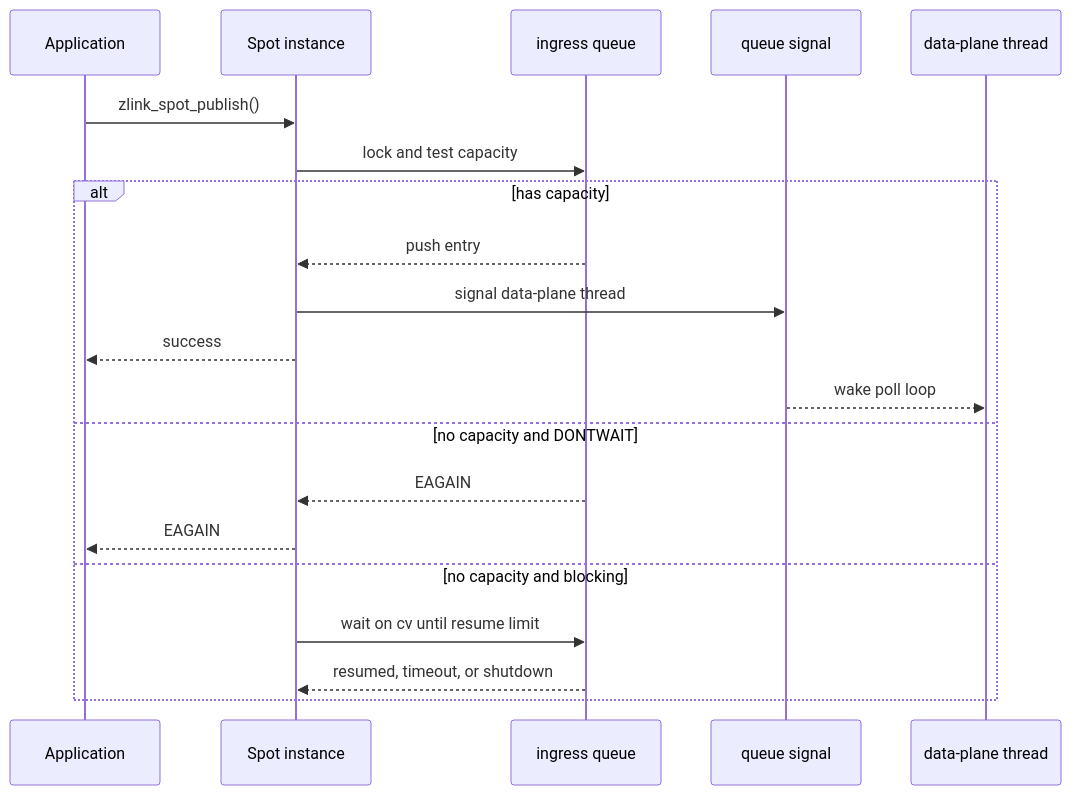
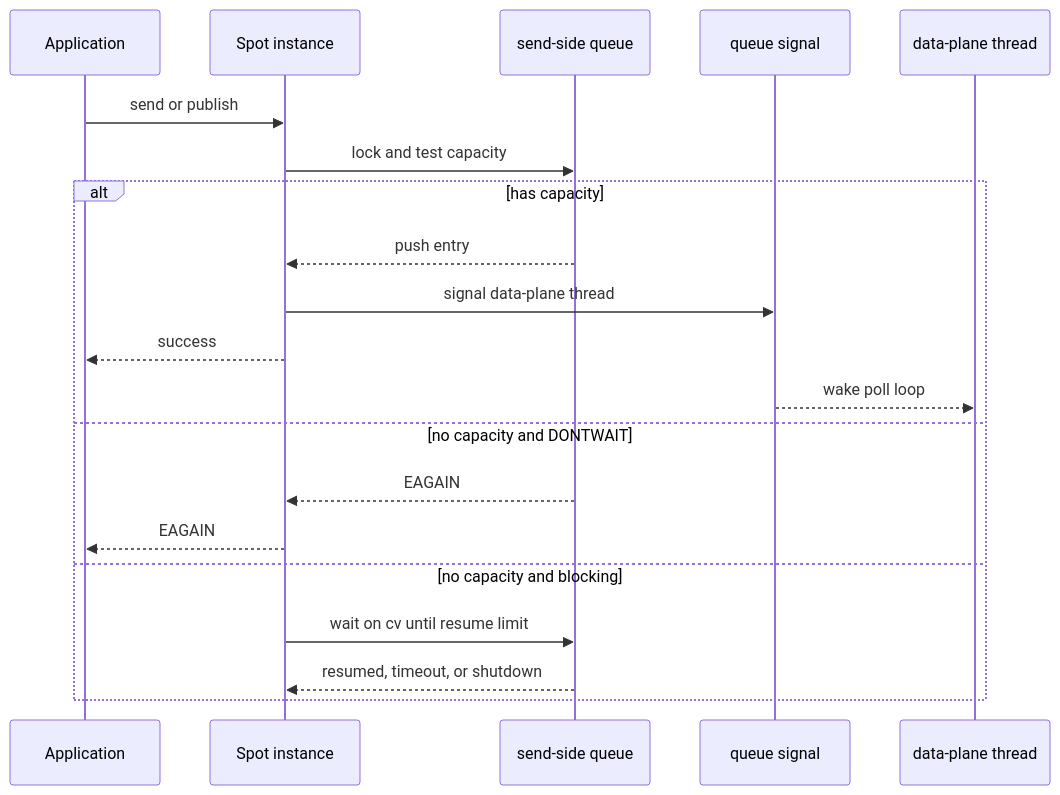
Diagram 11 of 12 in doc/spec/draft/spot-publish-data-plane-ingress.ko.md (kairos-code-dev/zlink), drawn with Mermaid before and after one commit. The commit also changed other lines of this file, not shown here.

Commit message:
docs: finalize spot data-plane ingress draft

````diff
--- a/doc/spec/draft/spot-publish-data-plane-ingress.ko.md
+++ b/doc/spec/draft/spot-publish-data-plane-ingress.ko.md
@@ -482,23 +955,23 @@
 ```mermaid
 sequenceDiagram
     participant App as Application
     participant Spot as Spot instance
-    participant Q as ingress queue
+    participant Q as send-side queue
     participant Wake as queue signal
     participant DP as data-plane thread
 
-    App->>Spot: zlink_spot_publish()
+    App->>Spot: send or publish
     Spot->>Q: lock and test capacity
     alt has capacity
         Q-->>Spot: push entry
         Spot->>Wake: signal data-plane thread
         Spot-->>App: success
         Wake-->>DP: wake poll loop
     else no capacity and DONTWAIT
         Q-->>Spot: EAGAIN
         Spot-->>App: EAGAIN
     else no capacity and blocking
         Spot->>Q: wait on cv until resume limit
         Q-->>Spot: resumed, timeout, or shutdown
     end
 ```
````
